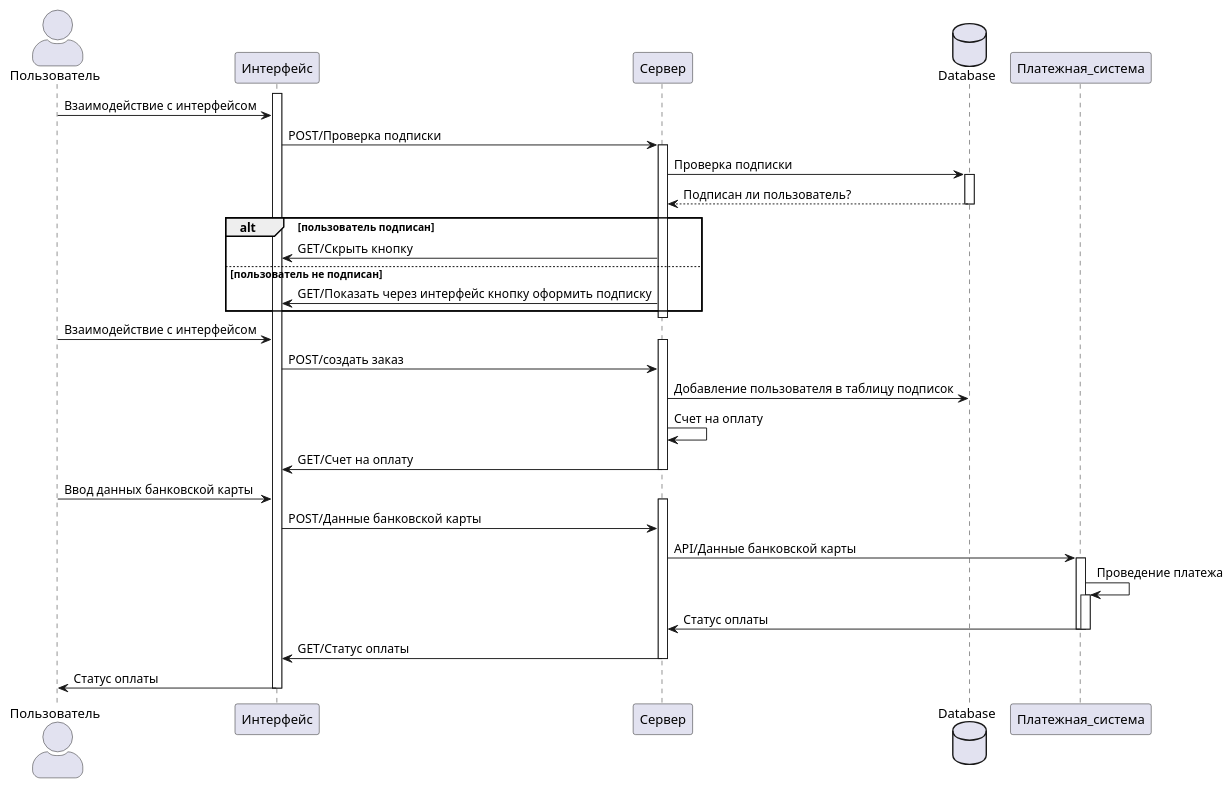
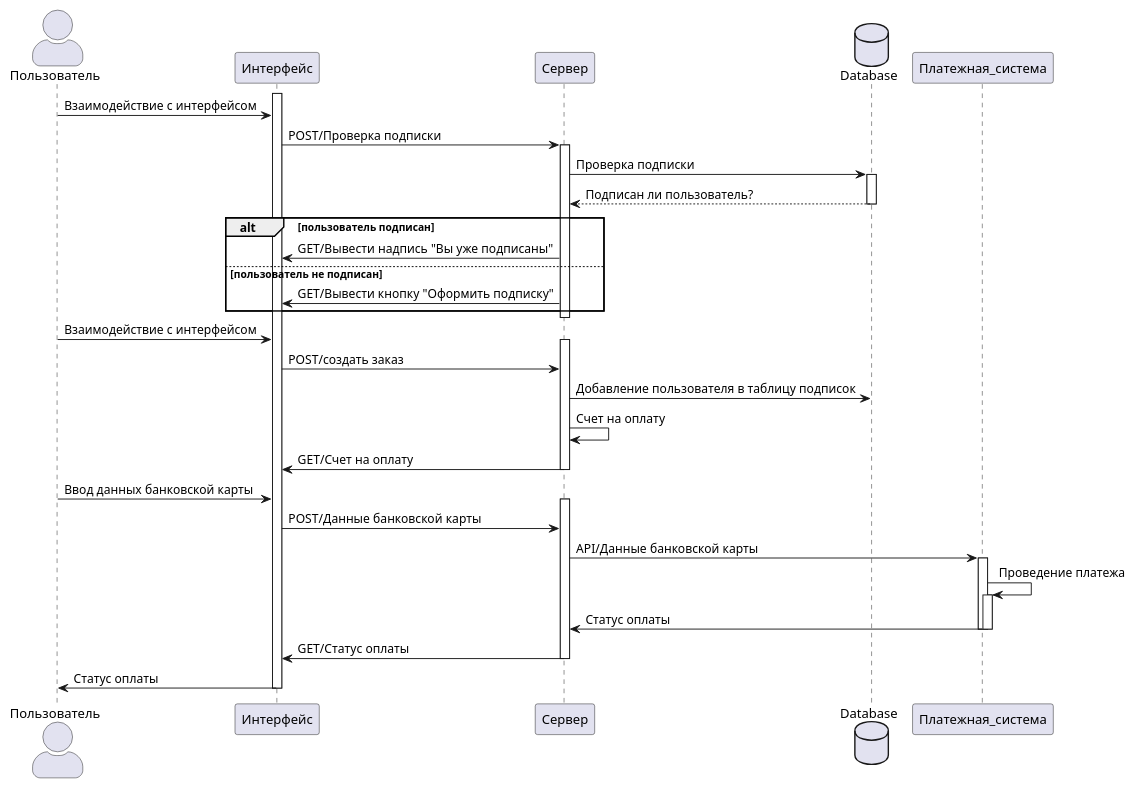
One commit to ivanboldyrevv/sgu-chat changed the diagram in UML/sequence.puml. Above: the diagram before and after it, drawn with PlantUML. The commit also changed 12 other files, not shown here.

```diff
--- a/UML/sequence.puml
+++ b/UML/sequence.puml
@@ -1,49 +1,49 @@
 @startuml
 skinparam actorStyle awesome
 skinparam participantStyle awesome
 actor       Пользователь       as user
 participant Интерфейс as ui
 participant Сервер as server
 database    Database    as db
 participant Платежная_система as pay_sys
 
 activate ui
 user -> ui: Взаимодействие с интерфейсом
 ui -> server: POST/Проверка подписки
 activate server
 server -> db: Проверка подписки
 activate db
 db --> server: Подписан ли пользователь?
 deactivate db
 
 alt пользователь подписан
-    server -> ui: GET/Cкрыть кнопку
+    server -> ui: GET/Вывести надпись "Вы уже подписаны"
 else пользователь не подписан
-    server -> ui: GET/Показать через интерфейс кнопку оформить подписку
+    server -> ui: GET/Вывести кнопку "Оформить подписку"
 end
 
 deactivate server
 user -> ui: Взаимодействие с интерфейсом
 activate server
 ui -> server: POST/создать заказ
 server -> db: Добавление пользователя в таблицу подписок
 
 server -> server: Счет на оплату
 server -> ui: GET/Счет на оплату
 deactivate server
 user -> ui: Ввод данных банковской карты
 activate server
 ui -> server: POST/Данные банковской карты
 server -> pay_sys: API/Данные банковской карты
 activate pay_sys
 pay_sys -> pay_sys: Проведение платежа
 activate pay_sys
 pay_sys -> server: Статус оплаты
 deactivate pay_sys
 deactivate pay_sys
 server -> ui: GET/Статус оплаты
 deactivate server
 ui -> user: Статус оплаты
 deactivate ui
 
 @enduml
```
